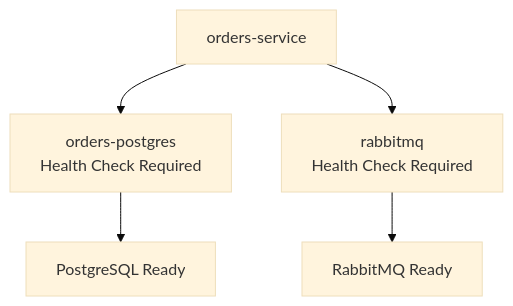
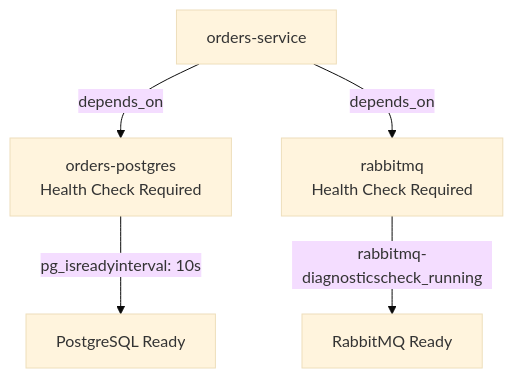
One commit to philipz/spring-modular-monolith changed the second of 10 diagrams in docs/deepwiki/Orders-Service-Architecture.md. Above: the diagram before and after it, drawn with Mermaid (base theme). The commit also changed other lines of this file and 55 other files, not shown here.

````diff
--- a/docs/deepwiki/Orders-Service-Architecture.md
+++ b/docs/deepwiki/Orders-Service-Architecture.md
@@ -133,14 +133,14 @@
 ```mermaid
 flowchart TD
 
 OrdersService["orders-service"]
 OrdersDB["orders-postgres<br>Health Check Required"]
 RabbitMQ["rabbitmq<br>Health Check Required"]
 HealthCheck1["PostgreSQL Ready"]
 HealthCheck2["RabbitMQ Ready"]
 
-OrdersService --> OrdersDB
-OrdersService --> RabbitMQ
-OrdersDB --> HealthCheck1
-RabbitMQ --> HealthCheck2
+OrdersService -->|"depends_on"| OrdersDB
+OrdersService -->|"depends_on"| RabbitMQ
+OrdersDB -->|"pg_isreadyinterval: 10s"| HealthCheck1
+RabbitMQ -->|"rabbitmq-diagnosticscheck_running"| HealthCheck2
 ```
````
